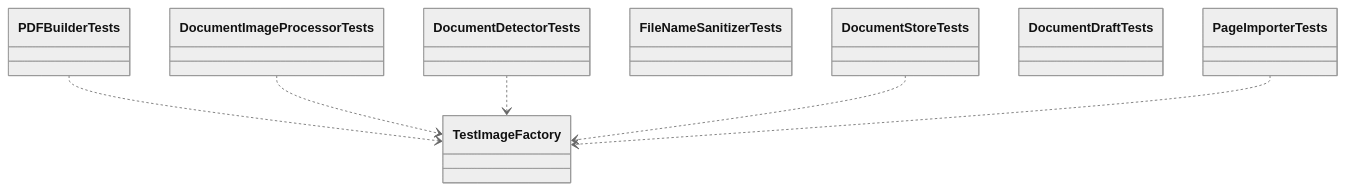
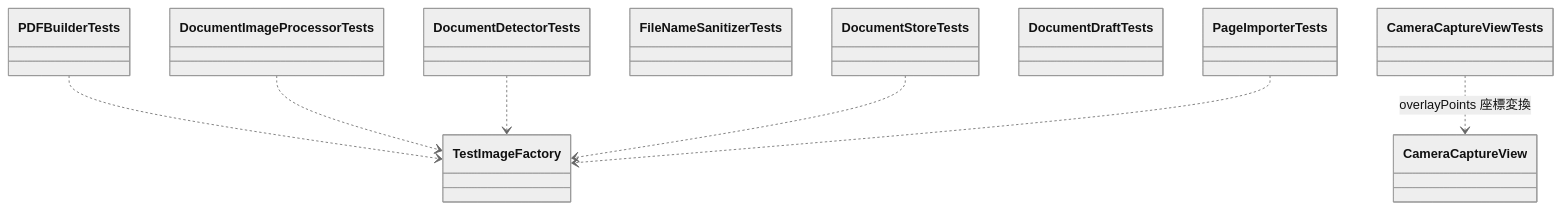
One commit to gomurin0428/DocScanner changed the first of 2 diagrams in DocScannerTests/README.md. Above: the diagram before and after it, drawn with Mermaid (neutral theme). The commit also changed other lines of this file and 12 other files, not shown here.

````diff
--- a/DocScannerTests/README.md
+++ b/DocScannerTests/README.md
@@ -97,16 +104,18 @@
 ```mermaid
 classDiagram
     class PDFBuilderTests
     class DocumentImageProcessorTests
     class DocumentDetectorTests
     class FileNameSanitizerTests
     class DocumentStoreTests
     class DocumentDraftTests
     class PageImporterTests
+    class CameraCaptureViewTests
     class TestImageFactory
     PDFBuilderTests ..> TestImageFactory
     DocumentImageProcessorTests ..> TestImageFactory
     DocumentDetectorTests ..> TestImageFactory
     DocumentStoreTests ..> TestImageFactory
     PageImporterTests ..> TestImageFactory
+    CameraCaptureViewTests ..> CameraCaptureView : overlayPoints 座標変換
 ```
````
